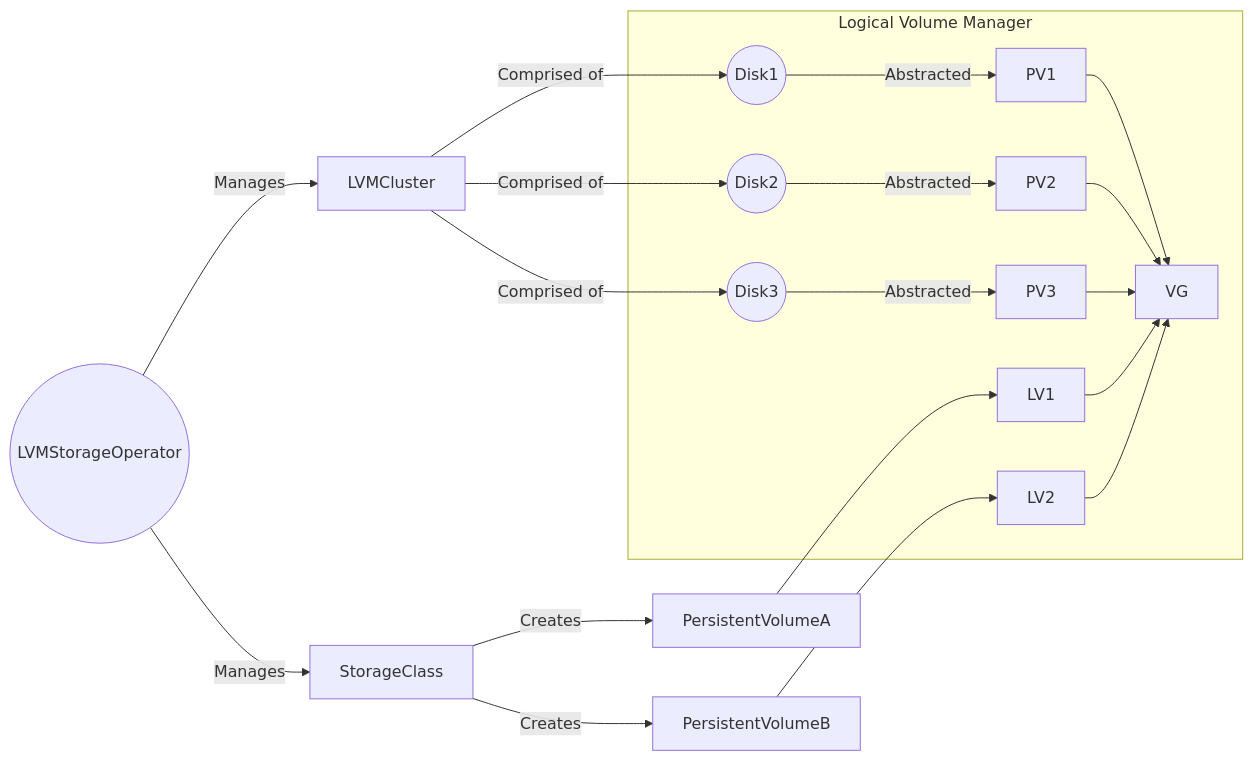
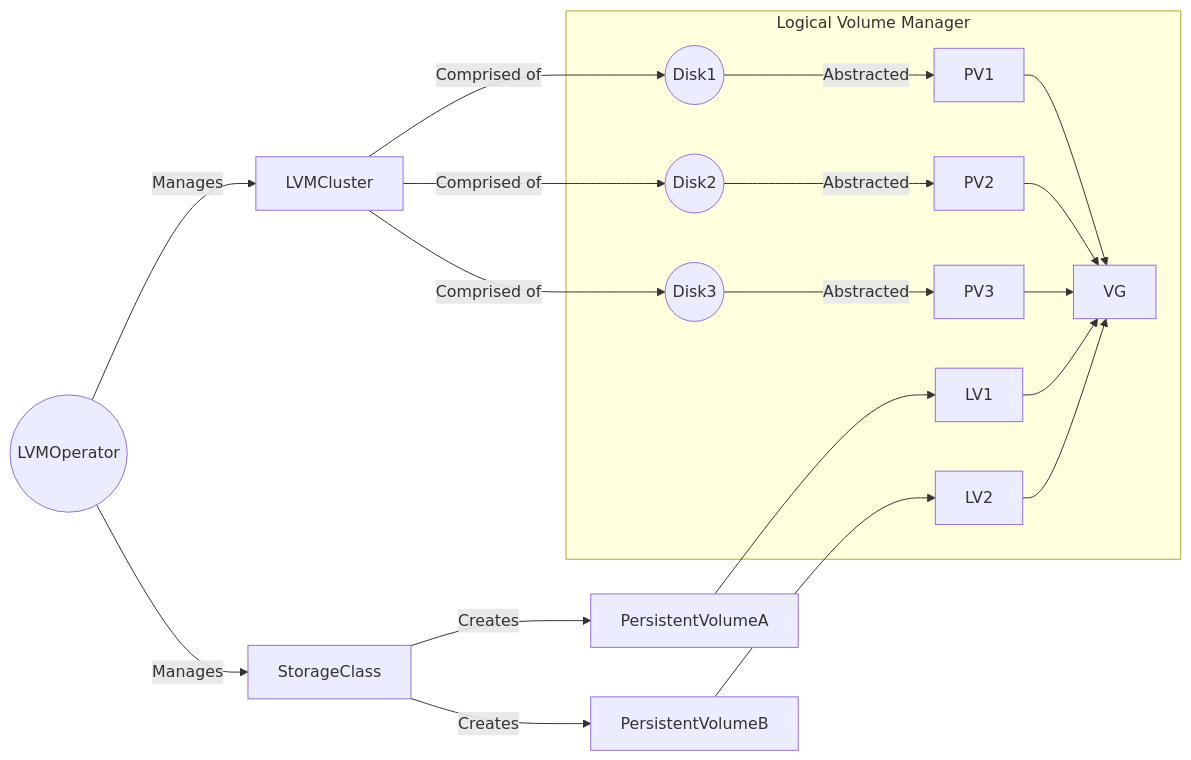
Before and after one commit to openshift/lvm-operator: the diagram in README.md, drawn with Mermaid. The commit also changed other lines of this file and 13 other files, not shown here.

````diff
--- a/README.md
+++ b/README.md
@@ -5,23 +12,23 @@
 ```mermaid
 graph LR
-LVMStorageOperator((LVMStorageOperator))-->|Manages| LVMCluster
-LVMStorageOperator-->|Manages| StorageClass
+LVMOperator((LVMOperator))-->|Manages| LVMCluster
+LVMOperator-->|Manages| StorageClass
 StorageClass-->|Creates| PersistentVolumeA
 StorageClass-->|Creates| PersistentVolumeB
 PersistentVolumeA-->LV1
 PersistentVolumeB-->LV2
 LVMCluster-->|Comprised of|Disk1((Disk1))
 LVMCluster-->|Comprised of|Disk2((Disk2))
 LVMCluster-->|Comprised of|Disk3((Disk3))
 
 subgraph Logical Volume Manager
   Disk1-->|Abstracted|PV1
   Disk2-->|Abstracted|PV2
   Disk3-->|Abstracted|PV3
   PV1-->VG
   PV2-->VG
   PV3-->VG
   LV1-->VG
   LV2-->VG
 end
 ```
````
